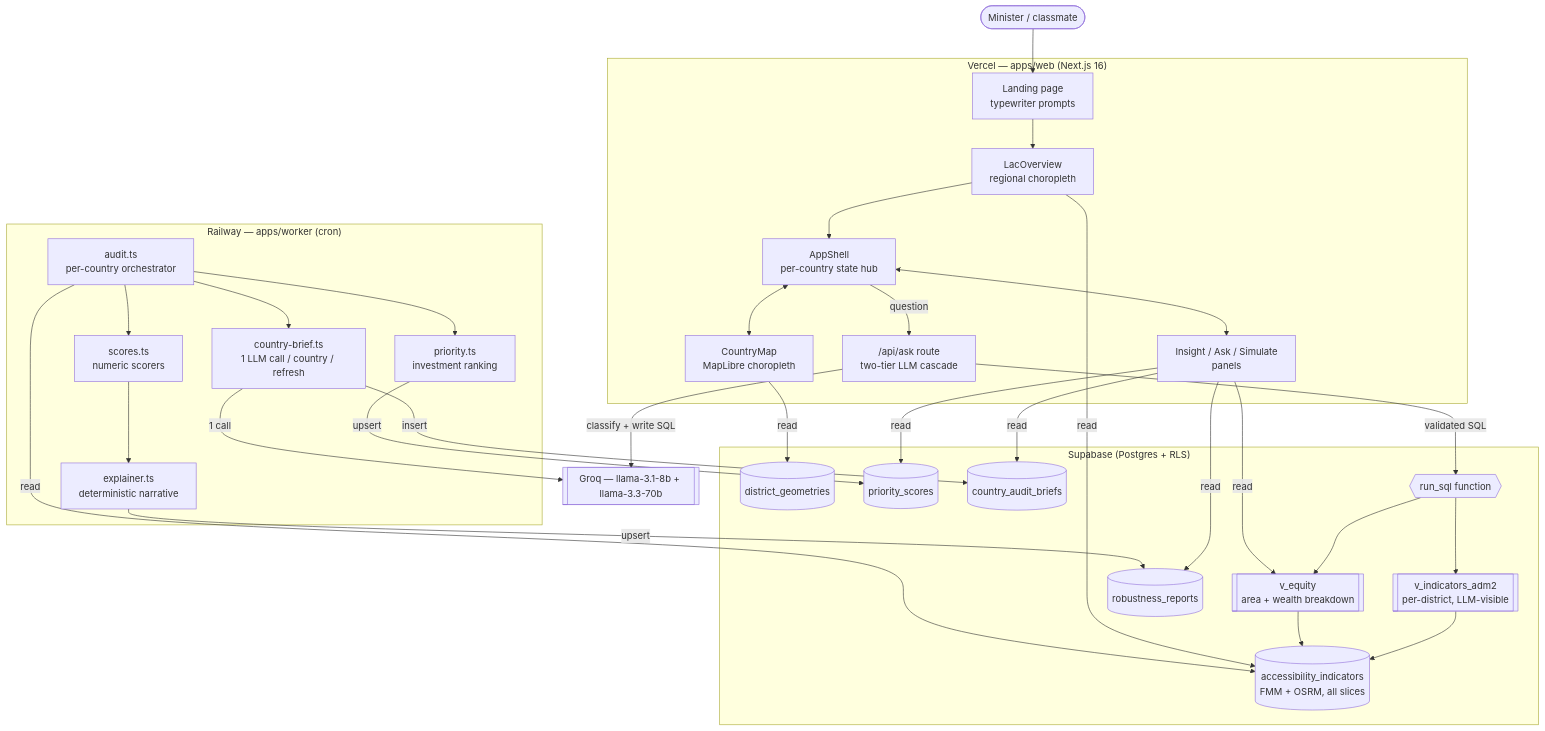
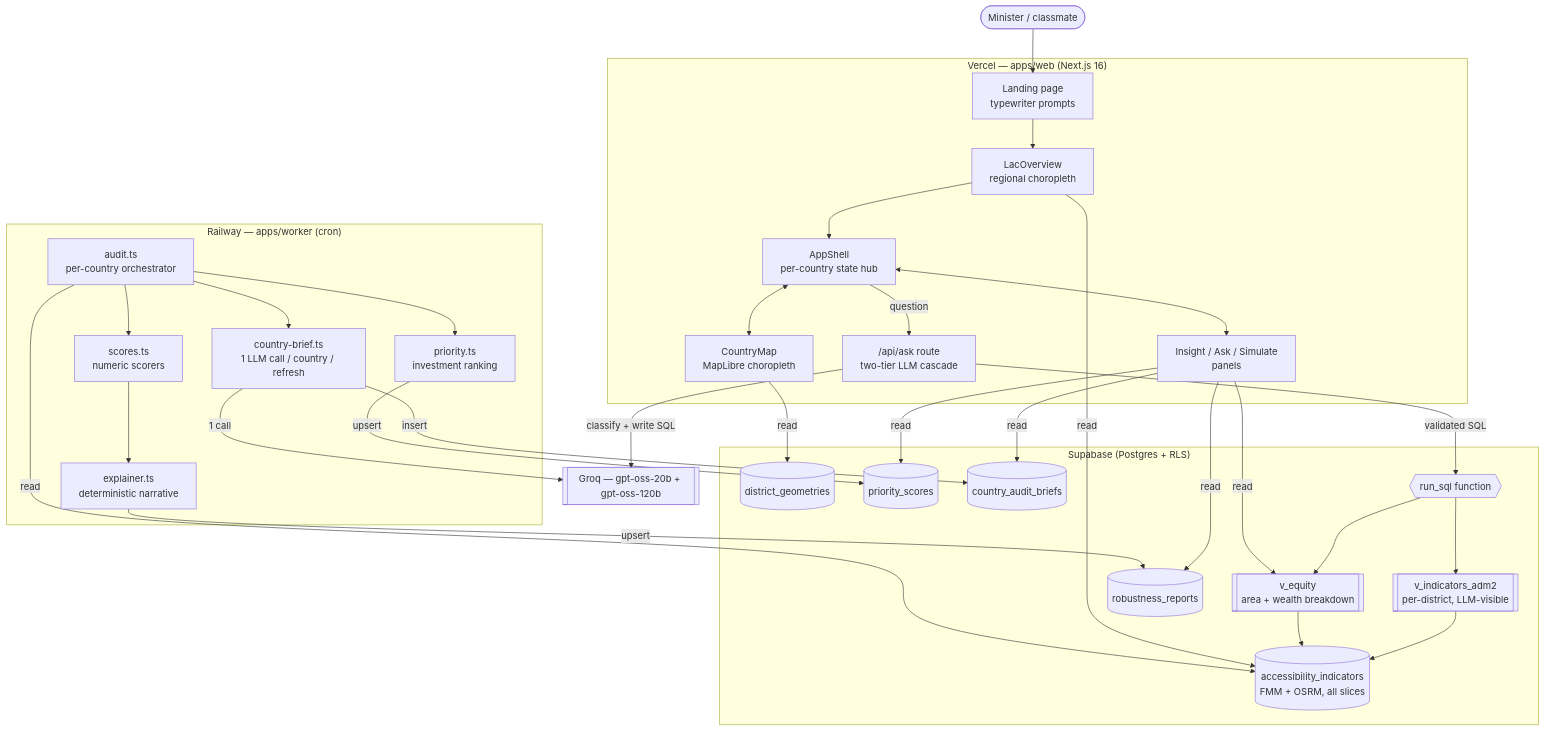
The first of 4 diagrams in docs/ARCHITECTURE.md (AngelaLop/eduaccess-lac), drawn with Mermaid before and after one commit. The commit also changed other lines of this file and 10 other files, not shown here.

First line of the commit message:
migrate LLMs: llama (deprecated by Groq 2026-08-16) -> gpt-oss-20b/120b

````diff
--- a/docs/ARCHITECTURE.md
+++ b/docs/ARCHITECTURE.md
@@ -21,62 +21,62 @@
 ```mermaid
 graph TD
     User([Minister / classmate])
 
     subgraph Vercel["Vercel — apps/web (Next.js 16)"]
         Landing[Landing page<br/>typewriter prompts]
         LAC[LacOverview<br/>regional choropleth]
         Shell[AppShell<br/>per-country state hub]
         Map[CountryMap<br/>MapLibre choropleth]
         Panels[Insight / Ask / Simulate<br/>panels]
         Ask["/api/ask route<br/>two-tier LLM cascade"]
     end
 
     subgraph Railway["Railway — apps/worker (cron)"]
         Audit[audit.ts<br/>per-country orchestrator]
         Scores[scores.ts<br/>numeric scorers]
         Explain[explainer.ts<br/>deterministic narrative]
         Priority[priority.ts<br/>investment ranking]
         Brief[country-brief.ts<br/>1 LLM call / country / refresh]
     end
 
     subgraph Supabase["Supabase (Postgres + RLS)"]
         Indic[(accessibility_indicators<br/>FMM + OSRM, all slices)]
         Geo[(district_geometries)]
         ViewD[[v_indicators_adm2<br/>per-district, LLM-visible]]
         ViewE[[v_equity<br/>area + wealth breakdown]]
         Robust[(robustness_reports)]
         Prio[(priority_scores)]
         Cbrief[(country_audit_briefs)]
         RPC{{run_sql function}}
     end
 
-    Groq[[Groq — llama-3.1-8b + llama-3.3-70b]]
+    Groq[[Groq — gpt-oss-20b + gpt-oss-120b]]
 
     User --> Landing --> LAC --> Shell
     Shell <--> Map
     Shell <--> Panels
     Shell -- question --> Ask
 
     Ask -- classify + write SQL --> Groq
     Ask -- validated SQL --> RPC
     RPC --> ViewD
     RPC --> ViewE
     ViewD --> Indic
     ViewE --> Indic
 
     Panels -- read --> Robust
     Panels -- read --> Prio
     Panels -- read --> Cbrief
     Panels -- read --> ViewE
     Map -- read --> Geo
     LAC -- read --> Indic
 
     Audit -- read --> Indic
     Audit --> Scores --> Explain
     Audit --> Priority
     Audit --> Brief
     Brief -- 1 call --> Groq
     Explain -- upsert --> Robust
     Priority -- upsert --> Prio
     Brief -- insert --> Cbrief
 ```
````
